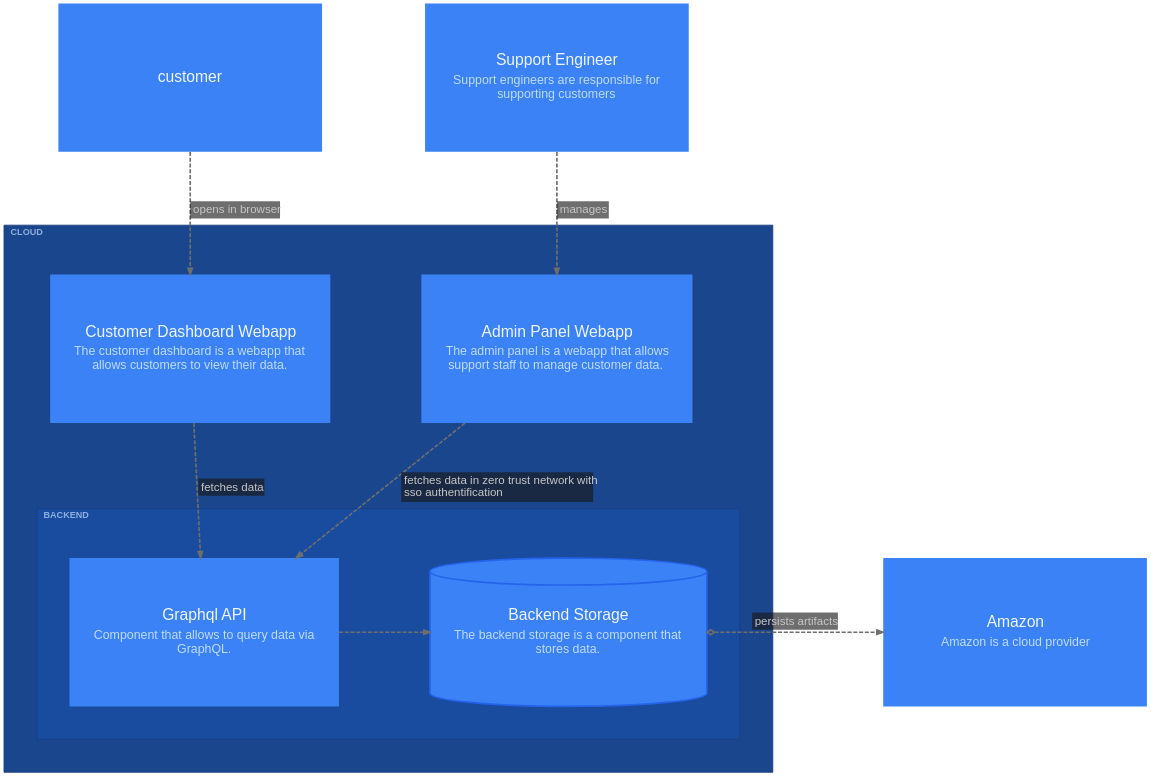
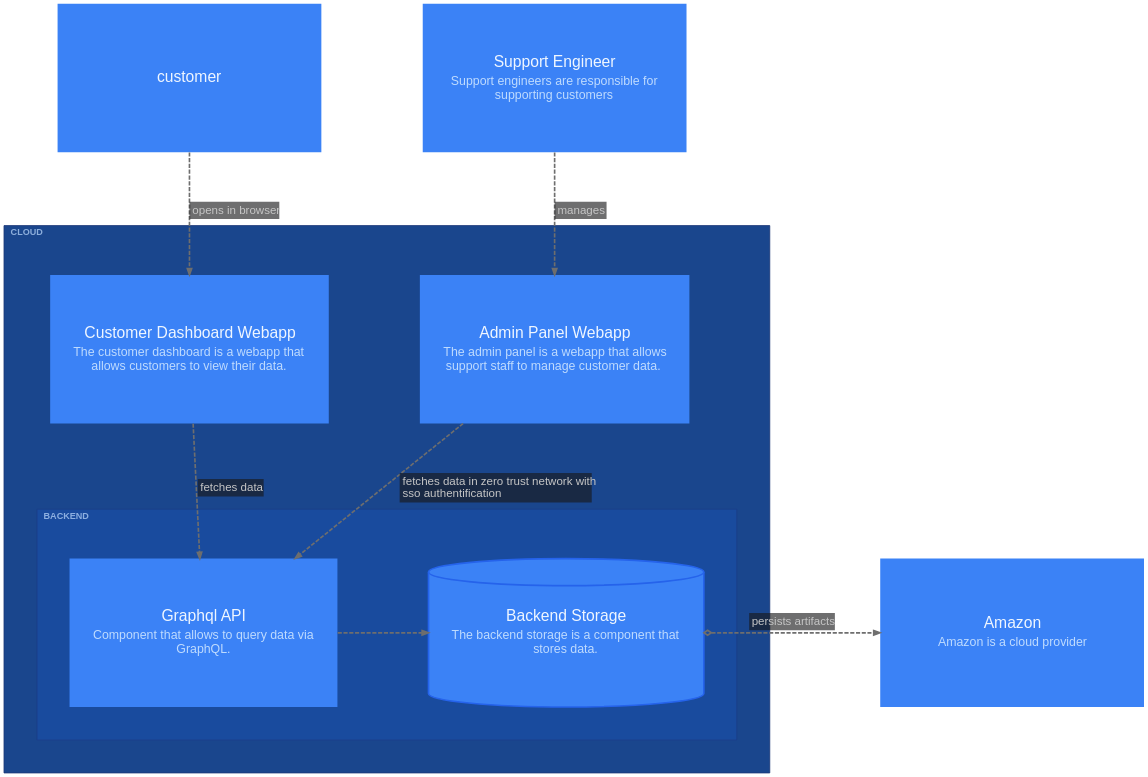
The diagram in packages/layouts/src/graphviz/__snapshots__/ElementViewPrinter-cloud3levels.dot (likec4/likec4), drawn with Graphviz before and after one commit. The commit also changed 28 other files, not shown here.

```diff
--- a/packages/layouts/src/graphviz/__snapshots__/ElementViewPrinter-cloud3levels.dot
+++ b/packages/layouts/src/graphviz/__snapshots__/ElementViewPrinter-cloud3levels.dot
@@ -1,157 +1,157 @@
 digraph {
   bgcolor = "transparent";
   layout = "dot";
   compound = true;
   rankdir = "TB";
   TBbalance = "min";
   splines = "spline";
   outputorder = "nodesfirst";
   nodesep = 1.528;
   ranksep = 1.667;
   pad = 0.209;
   fontname = "Arial";
   graph [
     fontsize = 15;
     labeljust = "l";
     labelloc = "t";
     margin = 50.1;
   ];
   edge [
     arrowsize = 0.75;
     fontname = "Arial";
     fontsize = 14;
     penwidth = 2;
     color = "#6E6E6E";
     fontcolor = "#C6C6C6";
   ];
   node [
     fontname = "Arial";
     shape = "rect";
     fillcolor = "#3b82f6";
     fontcolor = "#eff6ff";
     color = "#2563eb";
     style = "filled";
     penwidth = 0;
   ];
   "customer" [
     likec4_id = "customer";
     likec4_level = 0;
     label = <<FONT POINT-SIZE="19">customer</FONT>>;
     margin = "0.334,0.334";
     width = 4.445;
     height = 2.5;
   ];
   "support" [
     likec4_id = "support";
     likec4_level = 0;
-    label = <<TABLE BORDER="0" CELLPADDING="0" CELLSPACING="5"><TR><TD><FONT POINT-SIZE="19">Support Engineer</FONT></TD></TR><TR><TD><FONT POINT-SIZE="15" COLOR="#bfdbfe">Support engineers are responsible for<BR/>supporting customers</FONT></TD></TR></TABLE>>;
+    label = <<TABLE BORDER="0" CELLPADDING="0" CELLSPACING="4"><TR><TD><FONT POINT-SIZE="19">Support Engineer</FONT></TD></TR><TR><TD><FONT POINT-SIZE="15" COLOR="#bfdbfe">Support engineers are responsible for<BR/>supporting customers</FONT></TD></TR></TABLE>>;
     margin = "0.334,0.334";
     width = 4.445;
     height = 2.5;
   ];
   "dashboard" [
     likec4_id = "cloud.frontend.dashboard";
     likec4_level = 1;
-    label = <<TABLE BORDER="0" CELLPADDING="0" CELLSPACING="5"><TR><TD><FONT POINT-SIZE="19">Customer Dashboard Webapp</FONT></TD></TR><TR><TD><FONT POINT-SIZE="15" COLOR="#bfdbfe">The customer dashboard is a webapp that<BR/>allows customers to view their data.</FONT></TD></TR></TABLE>>;
+    label = <<TABLE BORDER="0" CELLPADDING="0" CELLSPACING="4"><TR><TD><FONT POINT-SIZE="19">Customer Dashboard Webapp</FONT></TD></TR><TR><TD><FONT POINT-SIZE="15" COLOR="#bfdbfe">The customer dashboard is a webapp that<BR/>allows customers to view their data.</FONT></TD></TR></TABLE>>;
     margin = "0.334,0.334";
     width = 4.445;
     height = 2.5;
     group = "cloud";
   ];
   "adminpanel" [
     likec4_id = "cloud.frontend.adminPanel";
     likec4_level = 1;
-    label = <<TABLE BORDER="0" CELLPADDING="0" CELLSPACING="5"><TR><TD><FONT POINT-SIZE="19">Admin Panel Webapp</FONT></TD></TR><TR><TD><FONT POINT-SIZE="15" COLOR="#bfdbfe">The admin panel is a webapp that allows<BR/>support staff to manage customer data.</FONT></TD></TR></TABLE>>;
+    label = <<TABLE BORDER="0" CELLPADDING="0" CELLSPACING="4"><TR><TD><FONT POINT-SIZE="19">Admin Panel Webapp</FONT></TD></TR><TR><TD><FONT POINT-SIZE="15" COLOR="#bfdbfe">The admin panel is a webapp that allows<BR/>support staff to manage customer data.</FONT></TD></TR></TABLE>>;
     margin = "0.334,0.334";
     width = 4.445;
     height = 2.5;
     group = "cloud";
   ];
   "graphql" [
     likec4_id = "cloud.backend.graphql";
     likec4_level = 2;
-    label = <<TABLE BORDER="0" CELLPADDING="0" CELLSPACING="5"><TR><TD><FONT POINT-SIZE="19">Graphql API</FONT></TD></TR><TR><TD><FONT POINT-SIZE="15" COLOR="#bfdbfe">Component that allows to query data via<BR/>GraphQL.</FONT></TD></TR></TABLE>>;
+    label = <<TABLE BORDER="0" CELLPADDING="0" CELLSPACING="4"><TR><TD><FONT POINT-SIZE="19">Graphql API</FONT></TD></TR><TR><TD><FONT POINT-SIZE="15" COLOR="#bfdbfe">Component that allows to query data via<BR/>GraphQL.</FONT></TD></TR></TABLE>>;
     margin = "0.334,0.334";
     width = 4.445;
     height = 2.5;
     group = "cloud";
   ];
   "storage" [
     likec4_id = "cloud.backend.storage";
     likec4_level = 2;
-    label = <<TABLE BORDER="0" CELLPADDING="0" CELLSPACING="5"><TR><TD><FONT POINT-SIZE="19">Backend Storage</FONT></TD></TR><TR><TD><FONT POINT-SIZE="15" COLOR="#bfdbfe">The backend storage is a component that<BR/>stores data.</FONT></TD></TR></TABLE>>;
+    label = <<TABLE BORDER="0" CELLPADDING="0" CELLSPACING="4"><TR><TD><FONT POINT-SIZE="19">Backend Storage</FONT></TD></TR><TR><TD><FONT POINT-SIZE="15" COLOR="#bfdbfe">The backend storage is a component that<BR/>stores data.</FONT></TD></TR></TABLE>>;
     margin = "0.334,0";
     width = 4.445;
     height = 2.5;
     penwidth = 2;
     shape = "cylinder";
     group = "cloud";
   ];
   "amazon" [
     likec4_id = "amazon";
     likec4_level = 0;
-    label = <<TABLE BORDER="0" CELLPADDING="0" CELLSPACING="5"><TR><TD><FONT POINT-SIZE="19">Amazon</FONT></TD></TR><TR><TD><FONT POINT-SIZE="15" COLOR="#bfdbfe">Amazon is a cloud provider</FONT></TD></TR></TABLE>>;
+    label = <<TABLE BORDER="0" CELLPADDING="0" CELLSPACING="4"><TR><TD><FONT POINT-SIZE="19">Amazon</FONT></TD></TR><TR><TD><FONT POINT-SIZE="15" COLOR="#bfdbfe">Amazon is a cloud provider</FONT></TD></TR></TABLE>>;
     margin = "0.334,0.334";
     width = 4.445;
     height = 2.5;
   ];
   subgraph "cluster_cloud" {
     likec4_id = "cloud";
     likec4_level = 0;
     likec4_depth = 2;
     fillcolor = "#1a468d";
     color = "#1c3979";
     style = "filled";
     margin = 40;
     label = <<FONT POINT-SIZE="11" COLOR="#bfdbfeb3"><B>CLOUD</B></FONT>>;
     "dashboard";
     "adminpanel";
     subgraph "cluster_backend" {
       likec4_id = "cloud.backend";
       likec4_level = 1;
       likec4_depth = 1;
       fillcolor = "#194b9e";
       color = "#1b3d88";
       style = "filled";
       margin = 40;
       label = <<FONT POINT-SIZE="11" COLOR="#bfdbfeb3"><B>BACKEND</B></FONT>>;
       "graphql";
       "storage";
     }
   }
   "customer" -> "dashboard" [
     likec4_id = "customer:cloud.frontend.dashboard";
     style = "dashed";
     label = <<TABLE BORDER="0" CELLPADDING="3" CELLSPACING="0" BGCOLOR="#18191bA0"><TR><TD ALIGN="TEXT" BALIGN="LEFT"><FONT POINT-SIZE="14">opens in browser</FONT></TD></TR></TABLE>>;
   ];
   "support" -> "adminpanel" [
     likec4_id = "support:cloud.frontend.adminPanel";
     style = "dashed";
     label = <<TABLE BORDER="0" CELLPADDING="3" CELLSPACING="0" BGCOLOR="#18191bA0"><TR><TD ALIGN="TEXT" BALIGN="LEFT"><FONT POINT-SIZE="14">manages</FONT></TD></TR></TABLE>>;
   ];
   "adminpanel" -> "graphql" [
     likec4_id = "cloud.frontend.adminPanel:cloud.backend.graphql";
     style = "dashed";
     label = <<TABLE BORDER="0" CELLPADDING="3" CELLSPACING="0" BGCOLOR="#18191bA0"><TR><TD ALIGN="TEXT" BALIGN="LEFT"><FONT POINT-SIZE="14">fetches data in zero trust network with<BR/>sso authentification</FONT></TD></TR></TABLE>>;
   ];
   "dashboard" -> "graphql" [
     likec4_id = "cloud.frontend.dashboard:cloud.backend.graphql";
     style = "dashed";
     label = <<TABLE BORDER="0" CELLPADDING="3" CELLSPACING="0" BGCOLOR="#18191bA0"><TR><TD ALIGN="TEXT" BALIGN="LEFT"><FONT POINT-SIZE="14">fetches data</FONT></TD></TR></TABLE>>;
   ];
   "storage" -> "amazon" [
     likec4_id = "cloud.backend.storage:amazon";
     style = "dashed";
     label = <<TABLE BORDER="0" CELLPADDING="3" CELLSPACING="0" BGCOLOR="#18191bA0"><TR><TD ALIGN="TEXT" BALIGN="LEFT"><FONT POINT-SIZE="14">persists artifacts</FONT></TD></TR></TABLE>>;
     arrowhead = "normal";
     arrowtail = "odiamond";
     dir = "both";
     minlen = 0;
   ];
   "graphql" -> "storage" [
     likec4_id = "cloud.backend.graphql:cloud.backend.storage";
     style = "dashed";
     weight = 3;
     minlen = 0;
   ];
 }
```
